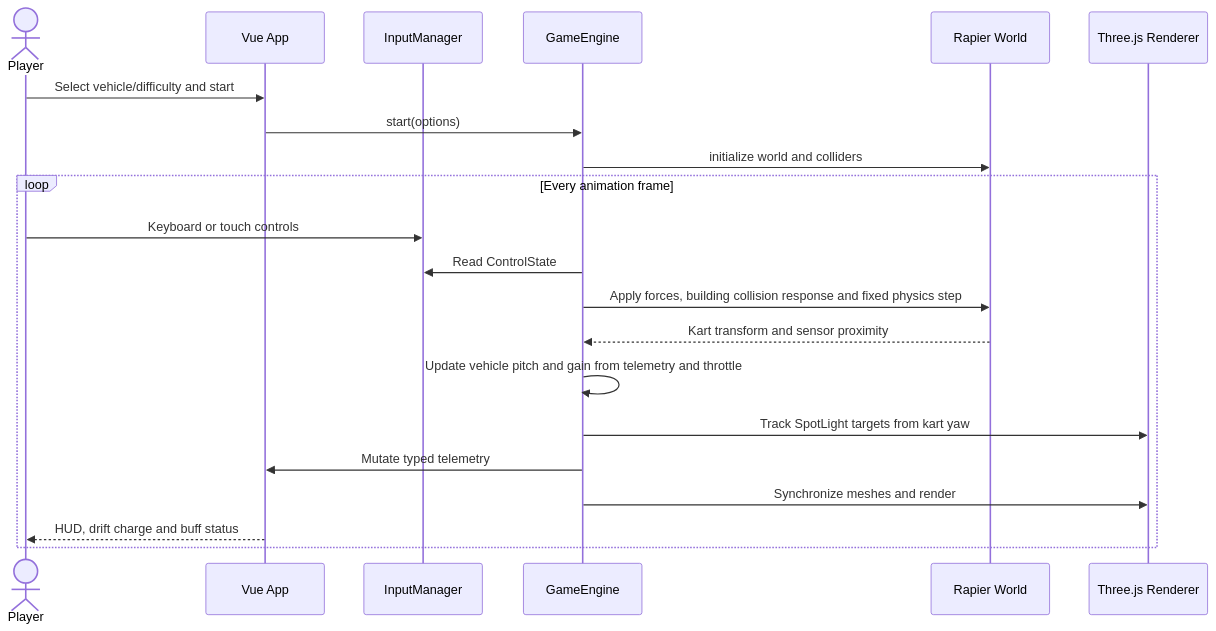
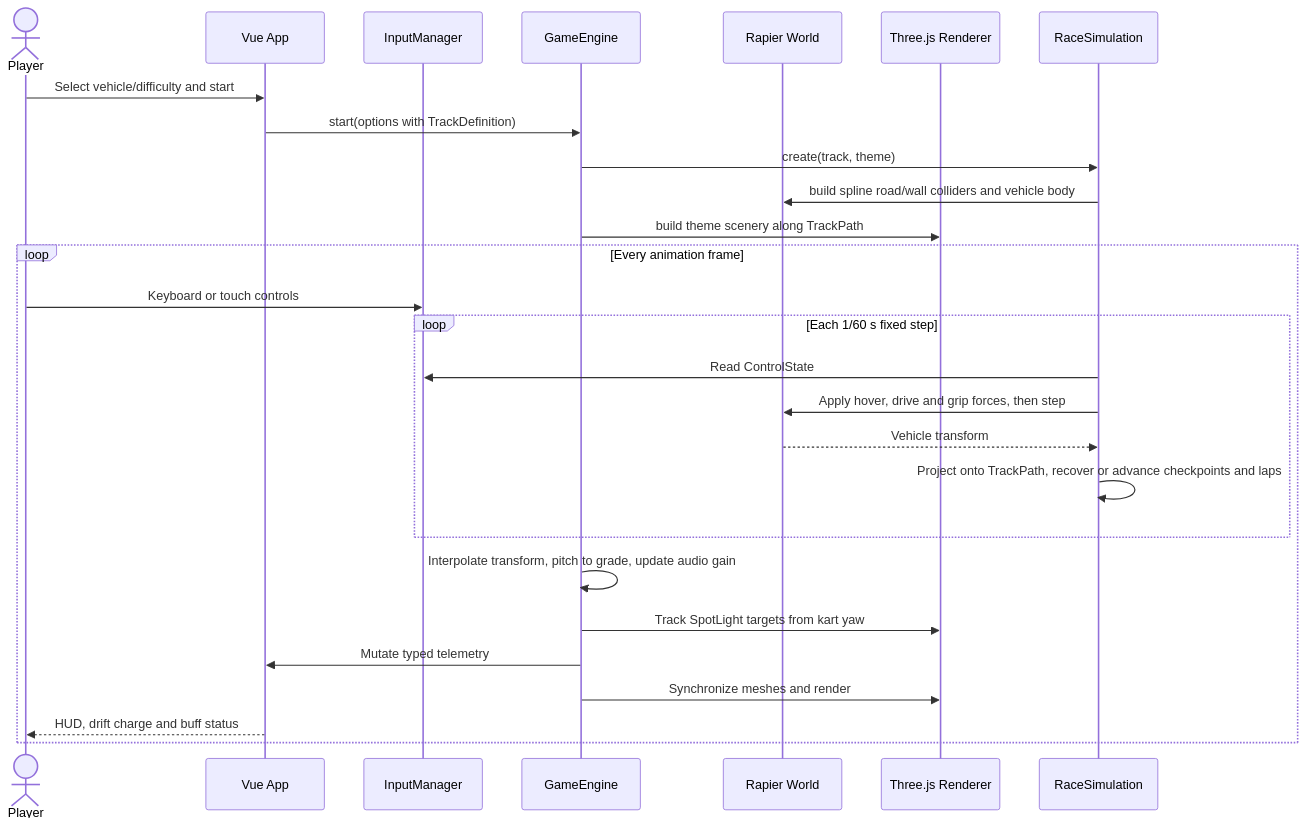
The fourth of 4 diagrams in docs/SPECIFICATION.md (jakwong1981/hk_racing_car), drawn with Mermaid before and after one commit. The commit also changed other lines of this file and 61 other files, not shown here.

````diff
--- a/docs/SPECIFICATION.md
+++ b/docs/SPECIFICATION.md
@@ -211,23 +271,29 @@
 ```mermaid
 sequenceDiagram
   actor Player
   participant Vue as Vue App
   participant Input as InputManager
   participant Engine as GameEngine
   participant Rapier as Rapier World
   participant Three as Three.js Renderer
   Player->>Vue: Select vehicle/difficulty and start
-  Vue->>Engine: start(options)
-  Engine->>Rapier: initialize world and colliders
+  participant Sim as RaceSimulation
+  Vue->>Engine: start(options with TrackDefinition)
+  Engine->>Sim: create(track, theme)
+  Sim->>Rapier: build spline road/wall colliders and vehicle body
+  Engine->>Three: build theme scenery along TrackPath
   loop Every animation frame
     Player->>Input: Keyboard or touch controls
-    Engine->>Input: Read ControlState
-    Engine->>Rapier: Apply forces, building collision response and fixed physics step
-    Rapier-->>Engine: Kart transform and sensor proximity
-    Engine->>Engine: Update vehicle pitch and gain from telemetry and throttle
+    loop Each 1/60 s fixed step
+      Sim->>Input: Read ControlState
+      Sim->>Rapier: Apply hover, drive and grip forces, then step
+      Rapier-->>Sim: Vehicle transform
+      Sim->>Sim: Project onto TrackPath, recover or advance checkpoints and laps
+    end
+    Engine->>Engine: Interpolate transform, pitch to grade, update audio gain
     Engine->>Three: Track SpotLight targets from kart yaw
     Engine->>Vue: Mutate typed telemetry
     Engine->>Three: Synchronize meshes and render
     Vue-->>Player: HUD, drift charge and buff status
   end
 ```
````
